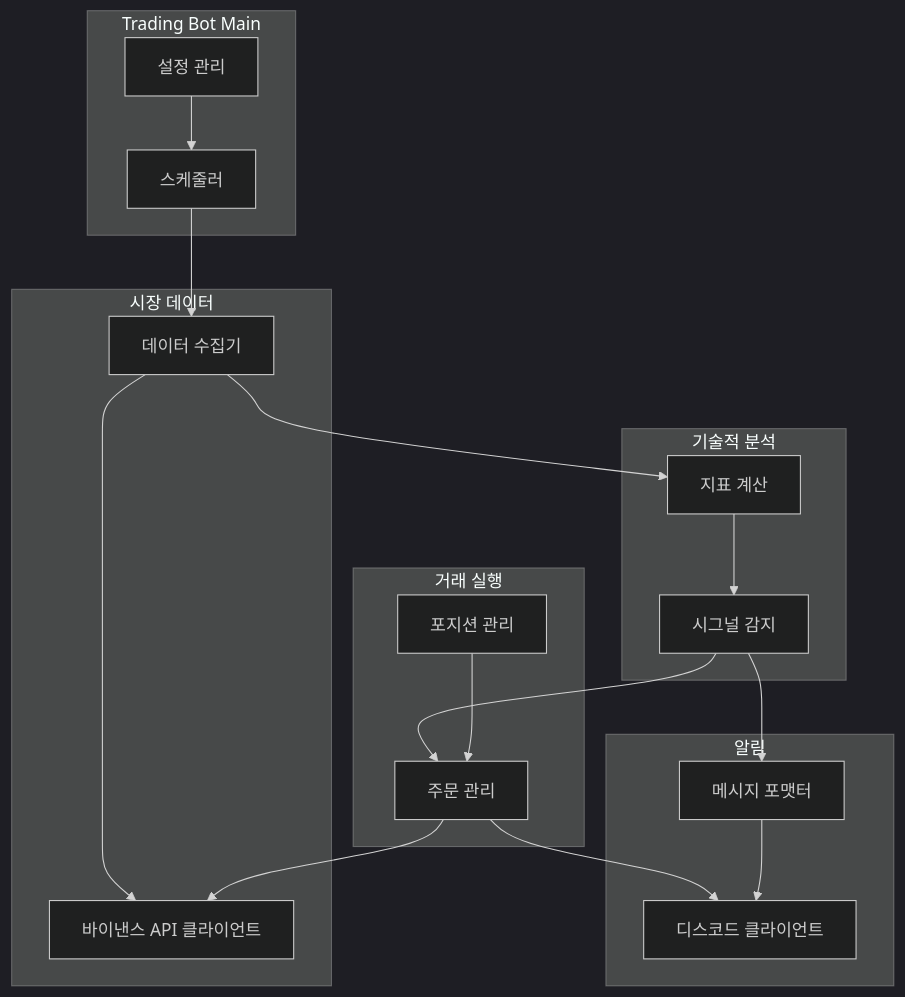
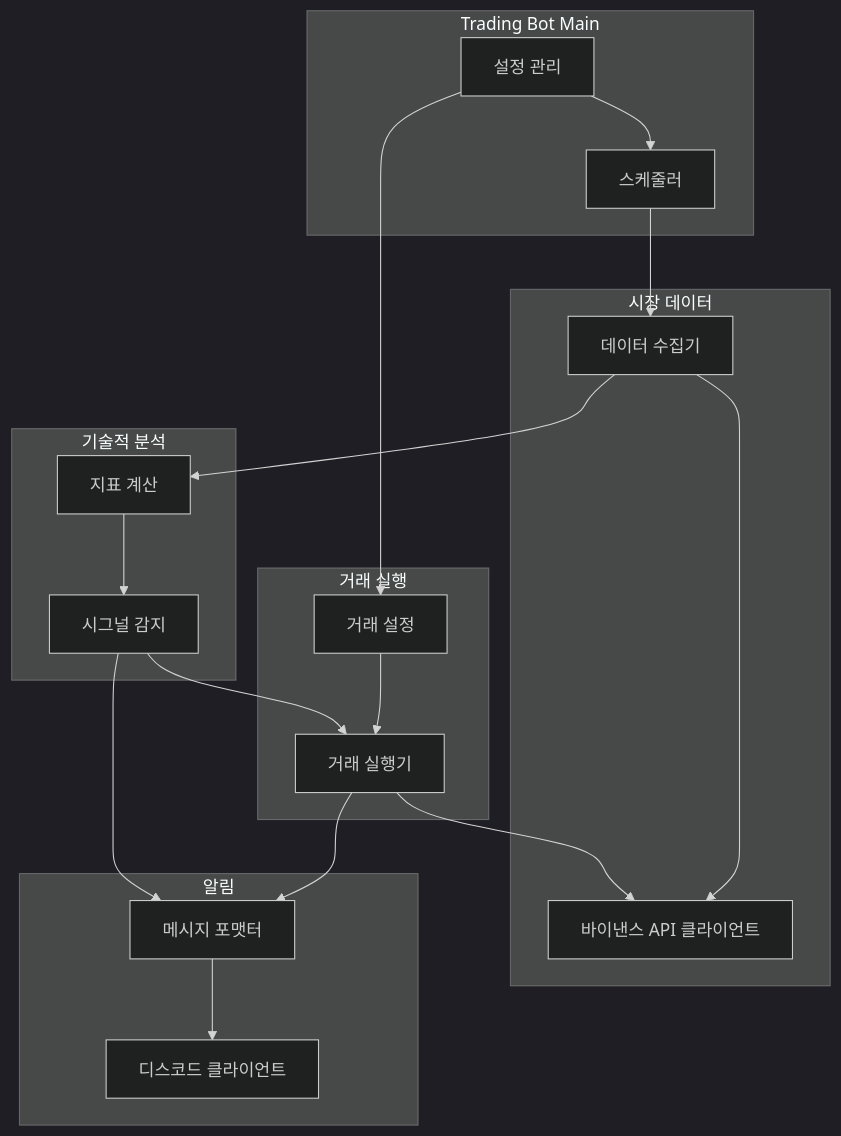
One commit to assist-by/phoenix changed the diagram in program_architecter.md. Above: the diagram before and after it, drawn with Mermaid (dark theme).

Commit message:
Update: 프로그램 실행 아키텍처 개선

````diff
--- a/program_architecter.md
+++ b/program_architecter.md
@@ -1,39 +1,43 @@
 ```mermaid
 flowchart TD
     subgraph Main[Trading Bot Main]
         Config[설정 관리]
         Scheduler[스케줄러]
     end
 
     subgraph Market[시장 데이터]
         Binance[바이낸스 API 클라이언트]
         DataCollector[데이터 수집기]
     end
 
     subgraph Analysis[기술적 분석]
         Calculator[지표 계산]
         SignalDetector[시그널 감지]
     end
 
     subgraph Trading[거래 실행]
-        OrderManager[주문 관리]
-        PositionManager[포지션 관리]
+        Executor[거래 실행기]
+        Settings[거래 설정]
     end
 
     subgraph Notification[알림]
         Discord[디스코드 클라이언트]
         MessageFormatter[메시지 포맷터]
     end
 
     Config --> Scheduler
+    Config --> Settings
+    Settings --> Executor
+    
     Scheduler --> DataCollector
     DataCollector --> Binance
     DataCollector --> Calculator
+    
     Calculator --> SignalDetector
-    SignalDetector --> OrderManager
-    OrderManager --> Binance
-    OrderManager --> Discord
-    PositionManager --> OrderManager
+    SignalDetector --> Executor
+    Executor --> Binance
+    
     SignalDetector --> MessageFormatter
+    Executor --> MessageFormatter
     MessageFormatter --> Discord
 ```
````
